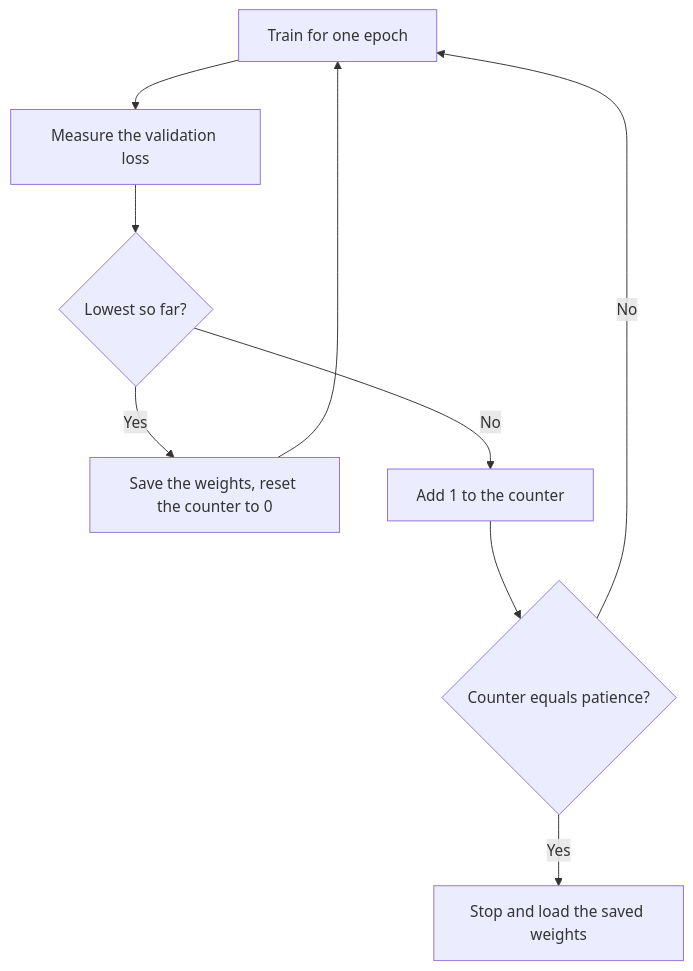
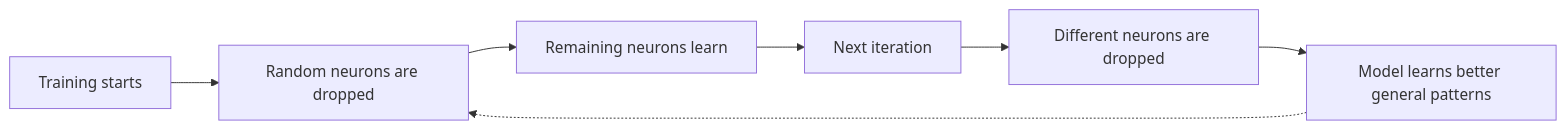
One commit to TrendySloth1001/sem-seven-notes changed the fourth of 7 diagrams in content/deep-learning/notes/regularization.mdx. Above: the diagram before and after it, drawn with Mermaid. The commit also changed other lines of this file and 254 other files, not shown here.

Commit message:
Rewrite the backpropagation, gradient descent, regularization and autoencoder notes and their 29 answers from the teachers' class files. They use 185 teacher figures with class-notes citations only, and correct the AdaGrad, RMSProp, Nesterov and batch-norm numbers on the slides.

````diff
--- a/content/deep-learning/notes/regularization.mdx
+++ b/content/deep-learning/notes/regularization.mdx
@@ -326,12 +562,10 @@
 ```mermaid
-%% caption: The early-stopping loop. Training continues only while the validation loss keeps reaching new lows.
-flowchart TD
-  A["Train for one epoch"] --> B["Measure the validation loss"]
-  B --> C{"Lowest so far?"}
-  C -- "Yes" --> D["Save the weights, reset the counter to 0"]
-  D --> A
-  C -- "No" --> E["Add 1 to the counter"]
-  E --> F{"Counter equals patience?"}
-  F -- "No" --> A
-  F -- "Yes" --> G["Stop and load the saved weights"]
+%% caption: The dropout training loop from the teacher's main-idea diagram. A different set of neurons is dropped at every iteration.
+flowchart LR
+  A["Training starts"] --> B["Random neurons are dropped"]
+  B --> C["Remaining neurons learn"]
+  C --> D["Next iteration"]
+  D --> E["Different neurons are dropped"]
+  E --> F["Model learns better general patterns"]
+  F -.-> B
 ```
````
